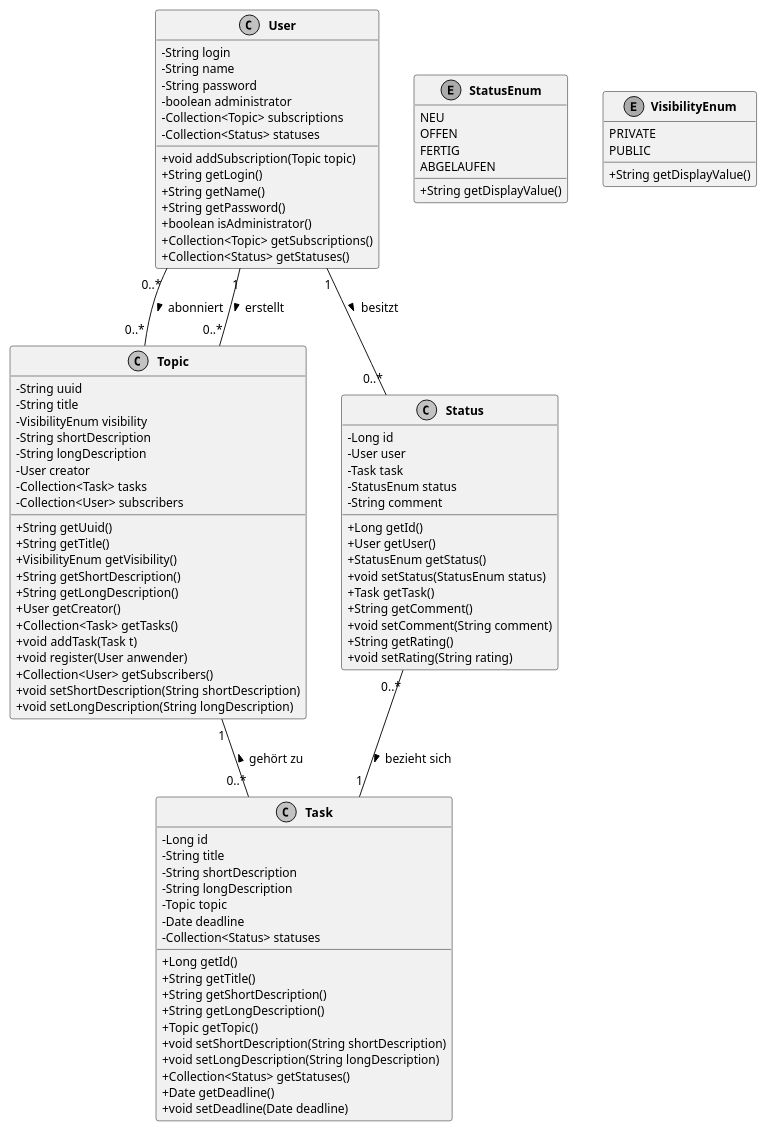
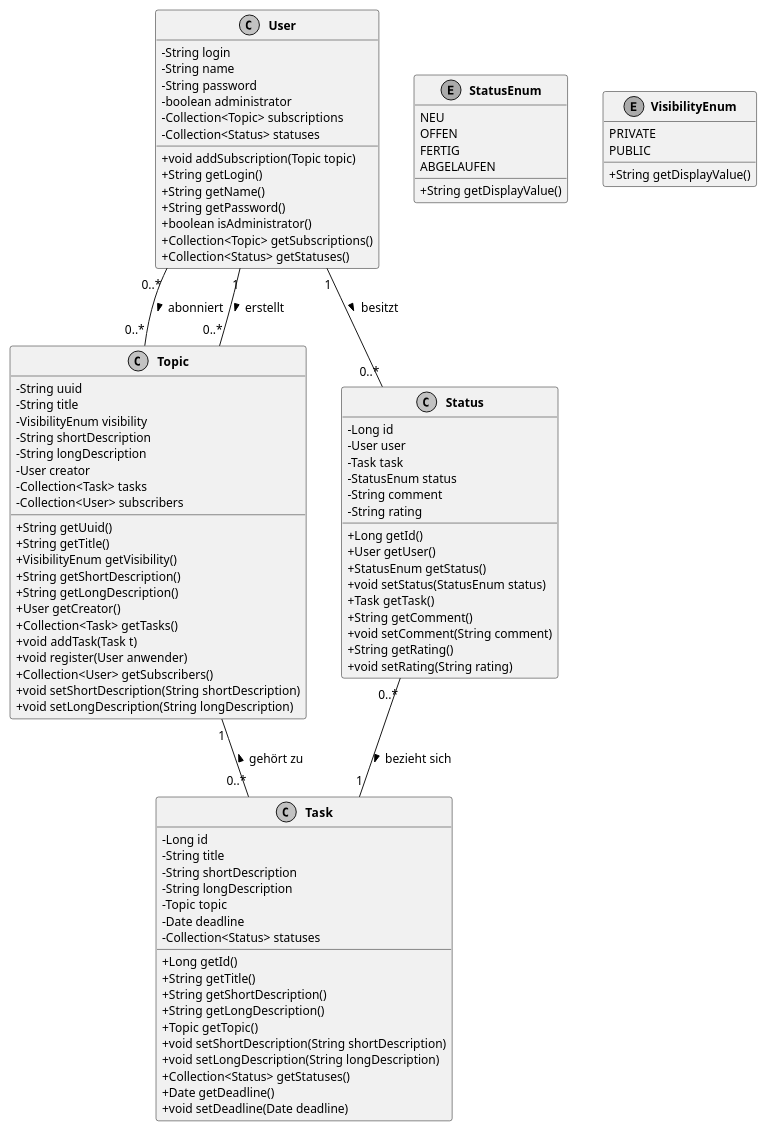
The diagram in doku/Datenmodell.plantuml (SimonHirner/agenda20), drawn with PlantUML before and after one commit.

Commit message:
AG-48: Bugs beheben.

```diff
--- a/doku/Datenmodell.plantuml
+++ b/doku/Datenmodell.plantuml
@@ -1,110 +1,111 @@
 @startuml
 
 ' Layout
 skinparam classAttributeIconSize 0
 skinparam monochrome true
 skinparam shadowing false
 skinparam DefaultFontName arial
 skinparam DefaultFontSize 12
 skinparam ClassFontStyle bold
 hide empty fields
 
 ' Assoziationen
 User "0..*" -- "0..*" Topic : > abonniert
 User "1" -- "0..*" Topic : > erstellt
 User "1" -- "0..*" Status : > besitzt
 Topic "1" -- "0..*" Task : < gehört zu
 Status "0..*" -- "1" Task : > bezieht sich
 
 ' Klassen
 class Status [[java:edu.hm.cs.katz.swt2.agenda.persistence.Status]] {
 	-Long id
 	-User user
 	-Task task
 	-StatusEnum status
 	-String comment
+	-String rating
 	+Long getId()
 	+User getUser()
 	+StatusEnum getStatus()
 	+void setStatus(StatusEnum status)
 	+Task getTask()
 	+String getComment()
 	+void setComment(String comment)
 	+String getRating()
 	+void setRating(String rating)
 }
 
 class Task [[java:edu.hm.cs.katz.swt2.agenda.persistence.Task]] {
 	-Long id
 	-String title
 	-String shortDescription
 	-String longDescription
 	-Topic topic
 	-Date deadline
 	-Collection<Status> statuses
 	+Long getId()
 	+String getTitle()
 	+String getShortDescription()
 	+String getLongDescription()
 	+Topic getTopic()
 	+void setShortDescription(String shortDescription)
 	+void setLongDescription(String longDescription)
 	+Collection<Status> getStatuses()
 	+Date getDeadline()
 	+void setDeadline(Date deadline)
 }
 
 class User [[java:edu.hm.cs.katz.swt2.agenda.persistence.User]] {
 	-String login
 	-String name
 	-String password
 	-boolean administrator
 	-Collection<Topic> subscriptions
 	-Collection<Status> statuses
 	+void addSubscription(Topic topic)
 	+String getLogin()
 	+String getName()
 	+String getPassword()
 	+boolean isAdministrator()
 	+Collection<Topic> getSubscriptions()
 	+Collection<Status> getStatuses()
 }
 
 class Topic [[java:edu.hm.cs.katz.swt2.agenda.persistence.Topic]] {
 	-String uuid
 	-String title
 	-VisibilityEnum visibility
 	-String shortDescription
 	-String longDescription
 	-User creator
 	-Collection<Task> tasks
 	-Collection<User> subscribers
 	+String getUuid()
 	+String getTitle()
 	+VisibilityEnum getVisibility()
 	+String getShortDescription()
 	+String getLongDescription()
 	+User getCreator()
 	+Collection<Task> getTasks()
 	+void addTask(Task t)
 	+void register(User anwender)
 	+Collection<User> getSubscribers()
 	+void setShortDescription(String shortDescription)
 	+void setLongDescription(String longDescription)
 }
 
 enum StatusEnum [[java:edu.hm.cs.katz.swt2.agenda.common.StatusEnum]] {
  	NEU
  	OFFEN
  	FERTIG
  	ABGELAUFEN
  	+String getDisplayValue()
  }
 
 enum VisibilityEnum [[java:edu.hm.cs.katz.swt2.agenda.common.VisibilityEnum]] {
     PRIVATE
     PUBLIC
     +String getDisplayValue()
  }
 
 @enduml
```
